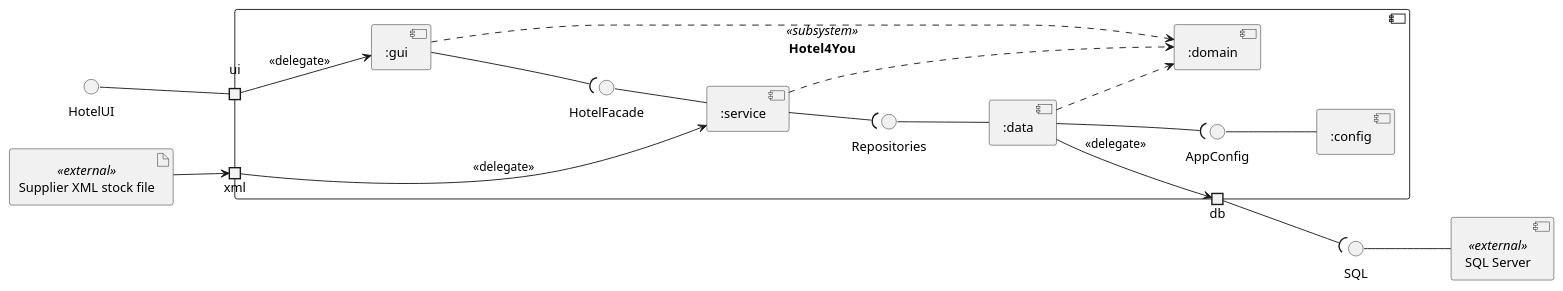
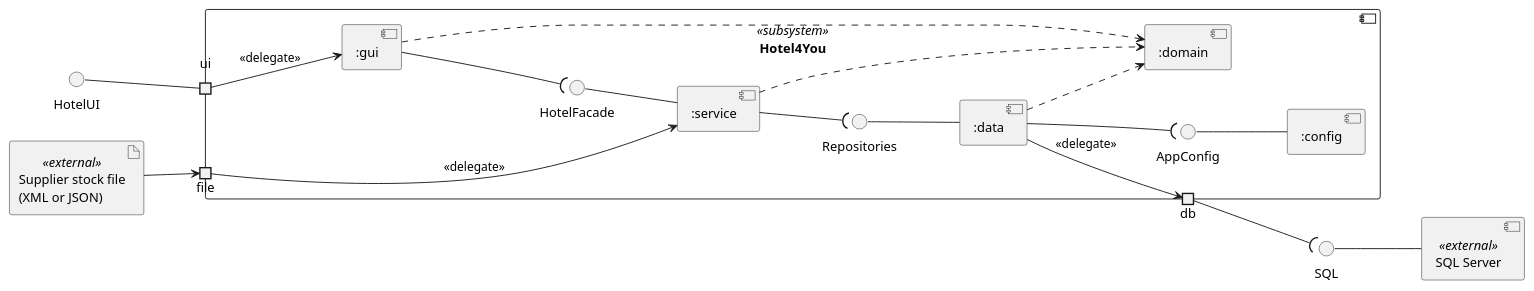
The diagram in docs/uml/component-diagram.puml (BorjaTiago/hotel4you), drawn with PlantUML before and after one commit. The commit also changed 2 other files, not shown here.

Commit message:
H4Y-84 show the supplier stock file as XML or JSON in the component diagram

```diff
--- a/docs/uml/component-diagram.puml
+++ b/docs/uml/component-diagram.puml
@@ -1,58 +1,58 @@
 @startuml component-diagram
 ' H4Y-9 component diagram. Source of component-diagram.svg.
 ' Render from docs/uml: docker run --rm -v "$PWD":/data plantuml/plantuml:1.2024.7 -tsvg /data/component-diagram.puml
 skinparam componentStyle uml2
 skinparam defaultFontName Arial
 skinparam shadowing false
 skinparam monochrome true
 left to right direction
 
 interface "HotelUI" as IUI
-artifact "Supplier XML stock file" <<external>> as XML
+artifact "Supplier stock file\n(XML or JSON)" <<external>> as FILE
 
 component "Hotel4You" <<subsystem>> as H4Y {
-  portin "xml" as pXML
+  portin "file" as pFILE
   portin "ui" as pUI
   portout "db" as pDB
 
   component ":gui" as GUI
   component ":service" as SVC
   component ":data" as DATA
   component ":config" as CFG
   component ":domain" as DOM
 
   interface "HotelFacade" as IFAC
   interface "Repositories" as IREPO
   interface "AppConfig" as ICFG
 }
 
 component "SQL Server" <<external>> as SQL
 interface "SQL" as ISQL
 
-' Input: the supplier XML file comes in through the xml port
-XML --> pXML
-pXML --> SVC : <<delegate>>
+' Input: the supplier XML or JSON file comes in through the file port
+FILE --> pFILE
+pFILE --> SVC : <<delegate>>
 
 ' Input: actors use HotelUI through the ui port, delegated to gui
 IUI -- pUI
 pUI --> GUI : <<delegate>>
 
 ' Assembly connectors (ball and socket), in call order
 GUI --( IFAC
 IFAC -- SVC
 SVC --( IREPO
 IREPO -- DATA
 DATA --( ICFG
 ICFG -- CFG
 
 ' Output: data reaches SQL Server through the db port
 DATA --> pDB : <<delegate>>
 pDB --( ISQL
 ISQL -- SQL
 
 ' Use of the domain types
 GUI ..> DOM
 SVC ..> DOM
 DATA ..> DOM
-' Created by: jmbcruz. Updated by: jmbcruz. AI use: PlantUML ports by Claude Code (claude-opus-5-5), 2026-11-06; review fixes by Claude Code (claude-opus-5-5), 2026-11-06. Reviewed by: pending.
+' Created by: jmbcruz. Updated by: antonioprmartinho. AI use: PlantUML ports by Claude Code (claude-opus-5-5), 2026-11-06; review fixes by Claude Code (claude-opus-5-5), 2026-11-06; H4Y-84 JSON stock import docs by Claude Code (claude-opus-5-5), 2026-11-12. Reviewed by: pending.
 @enduml
```
